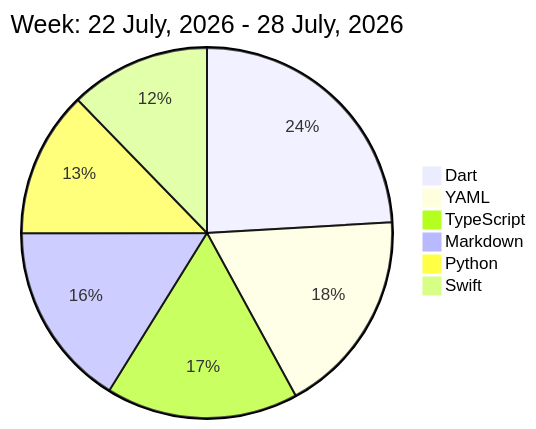
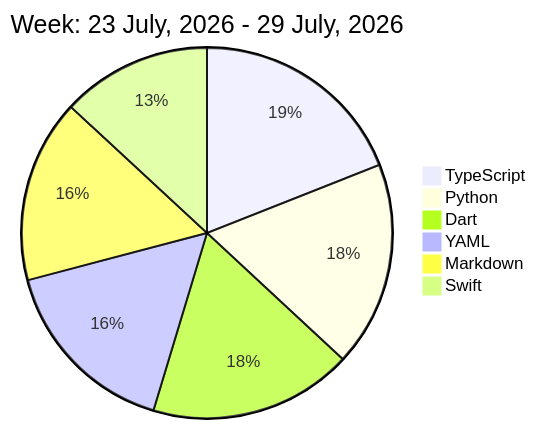
One commit to liubin95/liubin95 changed the diagram in README.md. Above: the diagram before and after it, drawn with Mermaid.

Commit message:
Updated the Graph with new Metrics

````diff
--- a/README.md
+++ b/README.md
@@ -32,10 +32,10 @@
 ```mermaid
  pie
-title Week: 22 July, 2026 - 28 July, 2026
- "Dart" : 4.85
- "YAML" : 3.62
- "TypeScript" : 3.38
- "Markdown" : 3.25
- "Python" : 2.57
- "Swift" : 2.47
+title Week: 23 July, 2026 - 29 July, 2026
+ "TypeScript" : 3.77
+ "Python" : 3.55
+ "Dart" : 3.52
+ "YAML" : 3.22
+ "Markdown" : 3.17
+ "Swift" : 2.6
 ```
````
